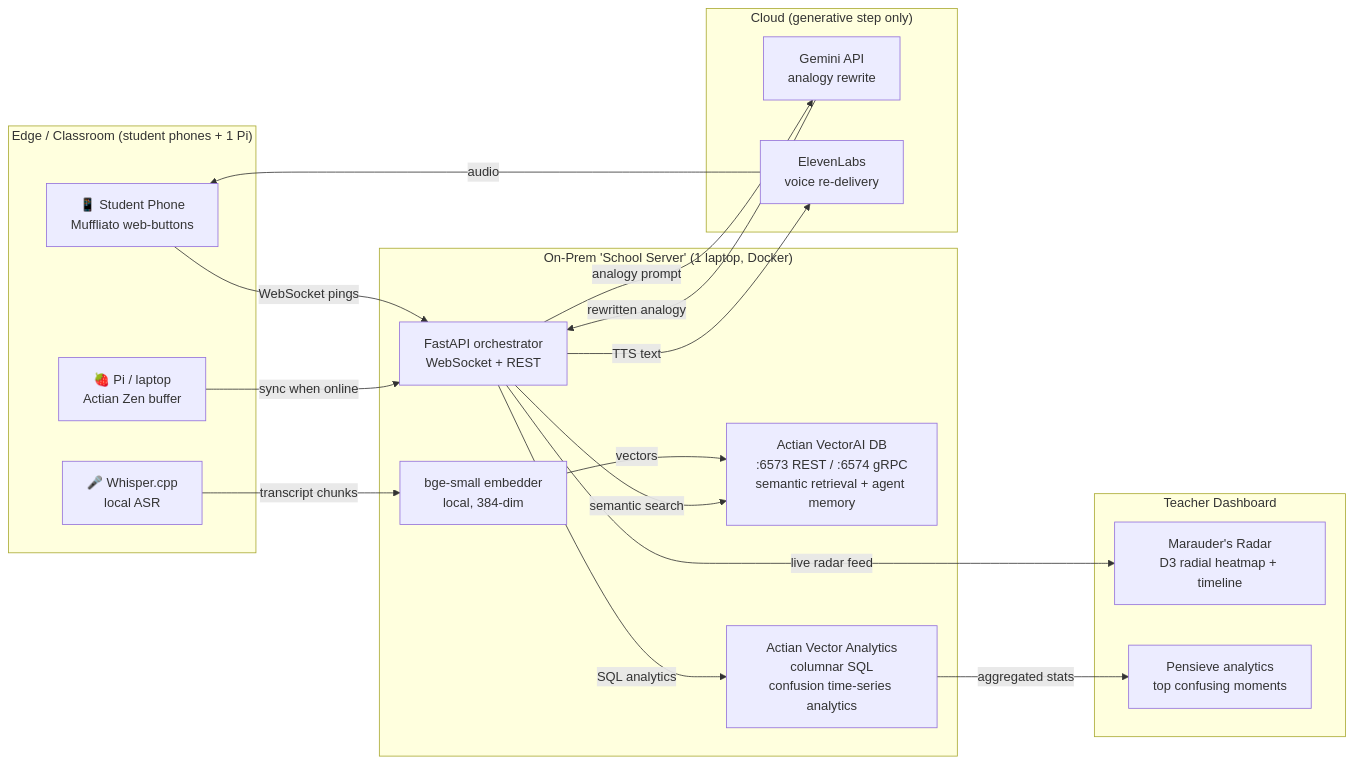
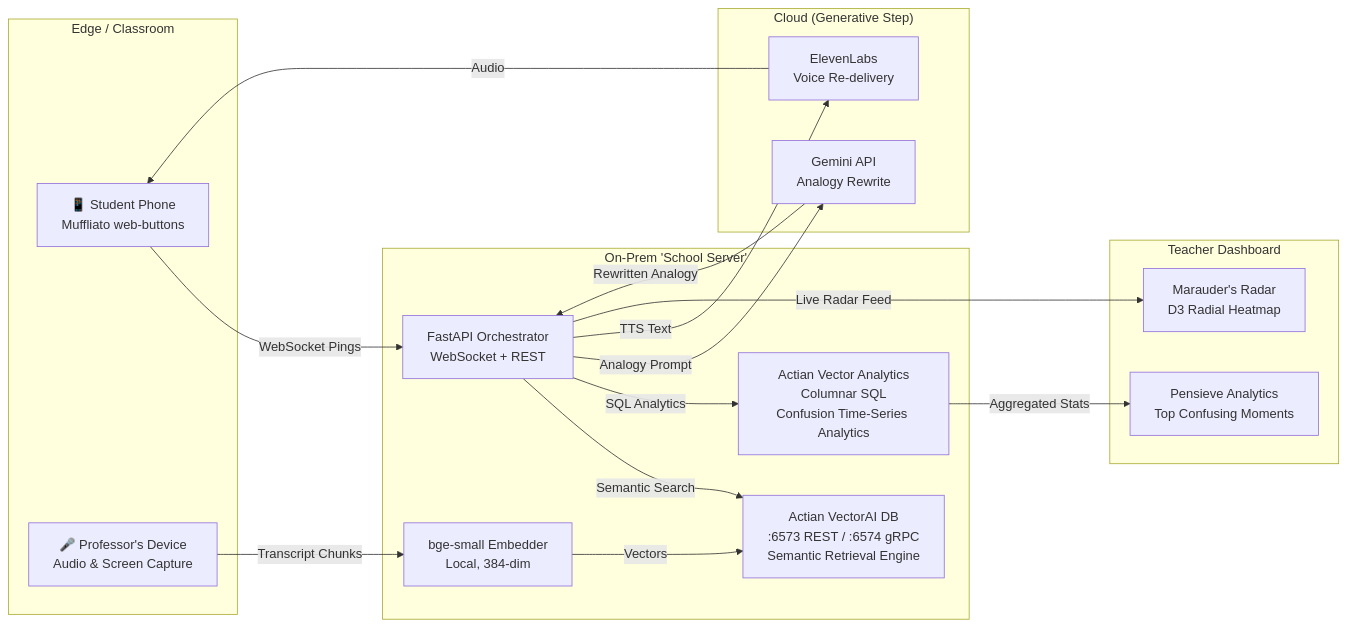
The diagram in README.md (Sourodyuti/TeamTraction), drawn with Mermaid before and after one commit. The commit also changed other lines of this file, not shown here.

Commit message:
docs: port system architecture (ASCII + Mermaid collapsible) and 7-step workflow from canonical README

````diff
--- a/README.md
+++ b/README.md
@@ -61,34 +111,32 @@
 ```mermaid
 flowchart LR
-  subgraph EDGE["Edge / Classroom (student phones + 1 Pi)"]
+  subgraph EDGE["Edge / Classroom"]
     P1["📱 Student Phone<br/>Muffliato web-buttons"]
-    P2["🎤 Whisper.cpp<br/>local ASR"]
-    P3["🍓 Pi / laptop<br/>Actian Zen buffer"]
+    P2["🎤 Professor's Device<br/>Audio & Screen Capture"]
   end
-  subgraph CORE["On-Prem 'School Server' (1 laptop, Docker)"]
-    ADB["Actian VectorAI DB<br/>:6573 REST / :6574 gRPC<br/>semantic retrieval + agent memory"]
-    AVEC["Actian Vector Analytics<br/>columnar SQL<br/>confusion time-series analytics"]
-    API["FastAPI orchestrator<br/>WebSocket + REST"]
-    EMB["bge-small embedder<br/>local, 384-dim"]
+  subgraph CORE["On-Prem 'School Server'"]
+    ADB["Actian VectorAI DB<br/>:6573 REST / :6574 gRPC<br/>Semantic Retrieval Engine"]
+    AVEC["Actian Vector Analytics<br/>Columnar SQL<br/>Confusion Time-Series Analytics"]
+    API["FastAPI Orchestrator<br/>WebSocket + REST"]
+    EMB["bge-small Embedder<br/>Local, 384-dim"]
   end
-  subgraph CLOUD["Cloud (generative step only)"]
-    GEM["Gemini API<br/>analogy rewrite"]
-    ELE["ElevenLabs<br/>voice re-delivery"]
+  subgraph CLOUD["Cloud (Generative Step)"]
+    GEM["Gemini API<br/>Analogy Rewrite"]
+    ELE["ElevenLabs<br/>Voice Re-delivery"]
   end
   subgraph UI["Teacher Dashboard"]
-    RAD["Marauder's Radar<br/>D3 radial heatmap + timeline"]
-    PEN["Pensieve analytics<br/>top confusing moments"]
+    RAD["Marauder's Radar<br/>D3 Radial Heatmap"]
+    PEN["Pensieve Analytics<br/>Top Confusing Moments"]
   end
-  P1 -- WebSocket pings --> API
-  P2 -- transcript chunks --> EMB
-  P3 -- sync when online --> API
-  EMB -- vectors --> ADB
-  API -- semantic search --> ADB
-  API -- SQL analytics --> AVEC
-  API -- analogy prompt --> GEM
-  GEM -- rewritten analogy --> API
-  API -- TTS text --> ELE
-  ELE -- audio --> P1
-  API -- live radar feed --> RAD
-  AVEC -- aggregated stats --> PEN
+  P1 -- WebSocket Pings --> API
+  P2 -- Transcript Chunks --> EMB
+  EMB -- Vectors --> ADB
+  API -- Semantic Search --> ADB
+  API -- SQL Analytics --> AVEC
+  API -- Analogy Prompt --> GEM
+  GEM -- Rewritten Analogy --> API
+  API -- TTS Text --> ELE
+  ELE -- Audio --> P1
+  API -- Live Radar Feed --> RAD
+  AVEC -- Aggregated Stats --> PEN
 ```
````
